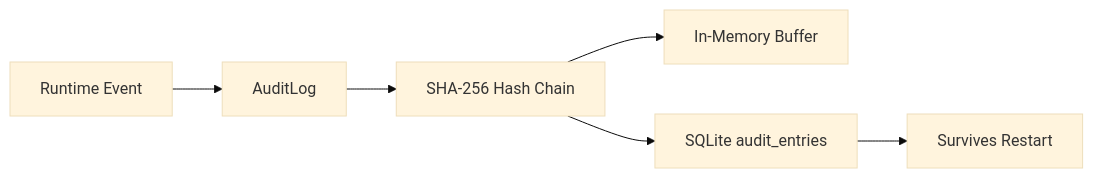
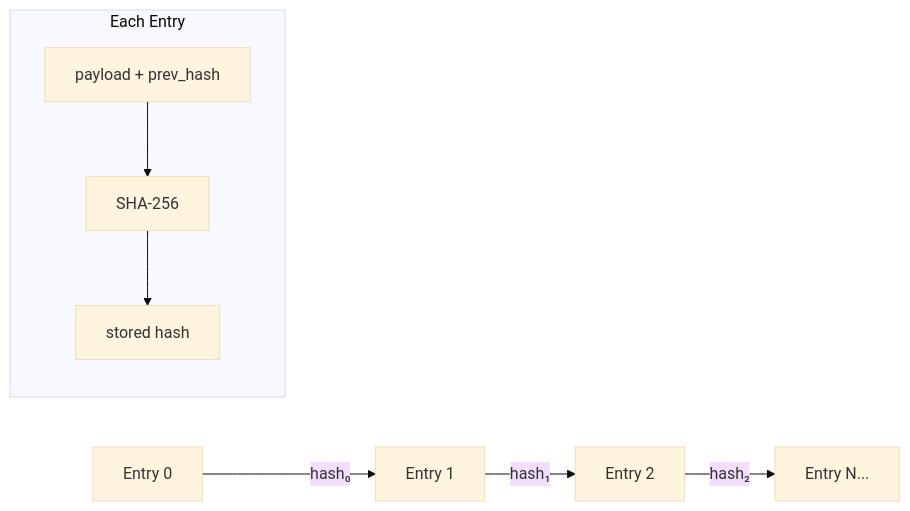
The diagram in other-librefang-runtime-audit.md (leszek3737/librefang-WIki), drawn with Mermaid (base theme) before and after one commit. The commit also changed other lines of this file and 126 other files, not shown here.

````diff
--- a/other-librefang-runtime-audit.md
+++ b/other-librefang-runtime-audit.md
@@ -13,8 +13,10 @@
 ```mermaid
 flowchart LR
-    E[Runtime Event] --> A[AuditLog]
-    A --> H[SHA-256 Hash Chain]
-    H --> M[In-Memory Buffer]
-    H --> D[SQLite audit_entries]
-    D --> R[Survives Restart]
+    E1[Entry 0] -->|"hash₀"| E2[Entry 1]
+    E2 -->|"hash₁"| E3[Entry 2]
+    E3 -->|"hash₂"| E4[Entry N...]
+    
+    subgraph "Each Entry"
+        payload[payload + prev_hash] --> sha["SHA-256"] --> stored["stored hash"]
+    end
 ```
````
